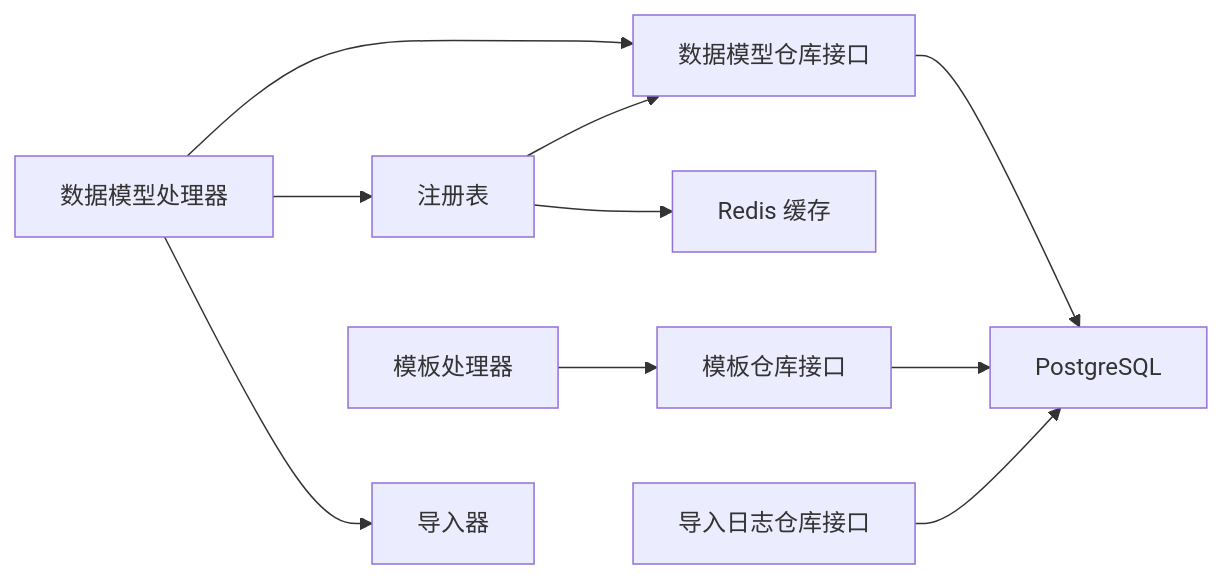
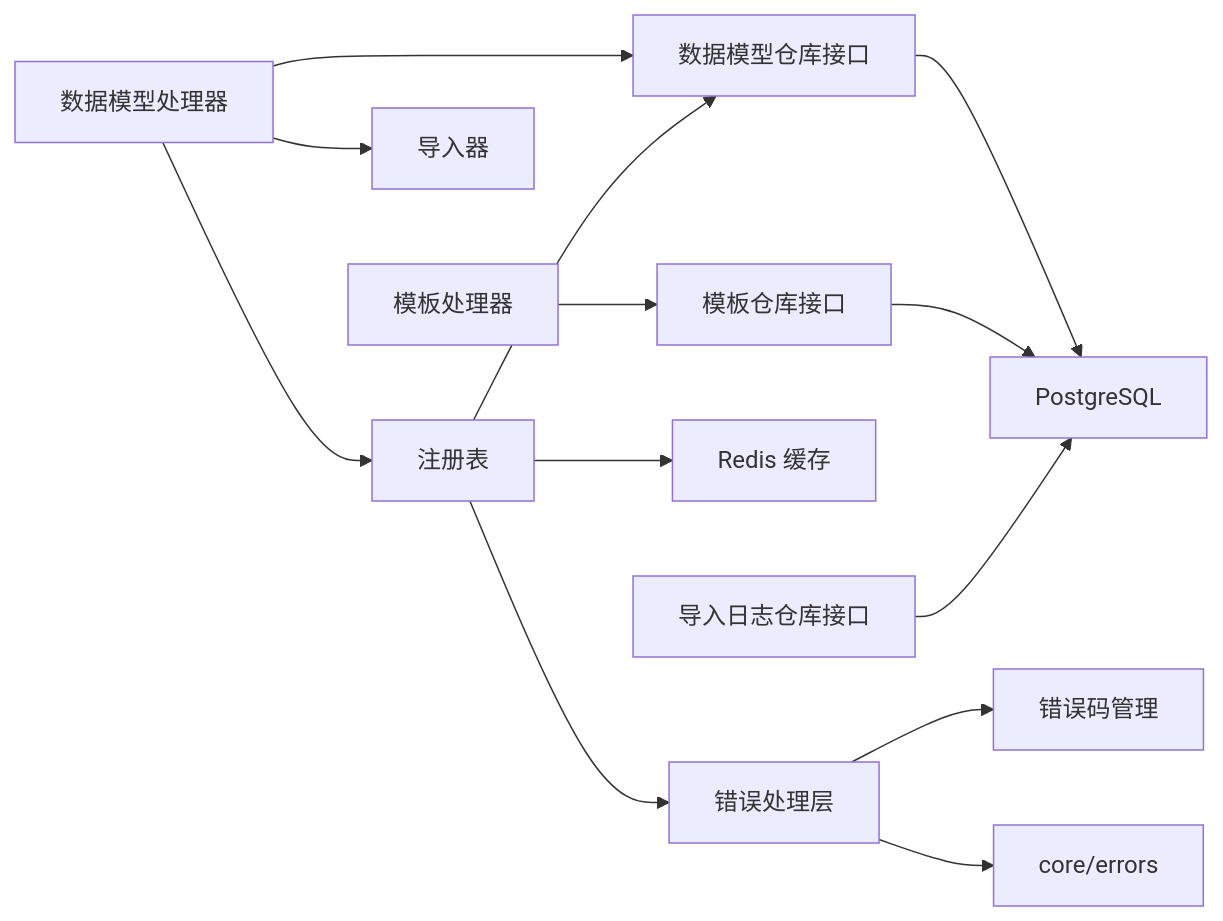
One commit to bixinhaner/xomc changed the sixth of 6 diagrams in .qoder/repowiki/zh/content/多运营商适配/数据模型管理.md. Above: the diagram before and after it, drawn with Mermaid. The commit also changed other lines of this file and 4 other files, not shown here.

````diff
--- a/.qoder/repowiki/zh/content/多运营商适配/数据模型管理.md
+++ b/.qoder/repowiki/zh/content/多运营商适配/数据模型管理.md
@@ -344,12 +405,15 @@
 ```mermaid
 graph LR
 HDM["数据模型处理器"] --> REPDM["数据模型仓库接口"]
 HDM --> REG["注册表"]
 HDM --> IMP["导入器"]
 HT["模板处理器"] --> REPTM["模板仓库接口"]
 REG --> REPDM
 REG --> REDIS["Redis 缓存"]
+REG --> ERR["错误处理层"]
+ERR --> CODES["错误码管理"]
 REPDM --> DB["PostgreSQL"]
 REPTM --> DB
 LOG["导入日志仓库接口"] --> DB
+ERR --> COREERR["core/errors"]
 ```
````
